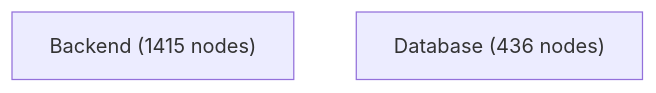
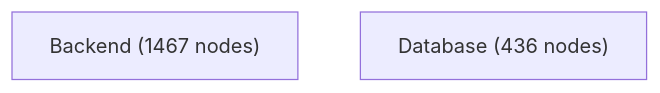
Before and after one commit to jankneumann/agentic-coding-tools: the diagram in docs/architecture-analysis/views/containers.mmd, drawn with Mermaid. The commit also changed 14 other files, not shown here.

```diff
--- a/docs/architecture-analysis/views/containers.mmd
+++ b/docs/architecture-analysis/views/containers.mmd
@@ -1,3 +1,3 @@
 flowchart TB
-    Backend["Backend (1415 nodes)"]
+    Backend["Backend (1467 nodes)"]
     Database["Database (436 nodes)"]
```
